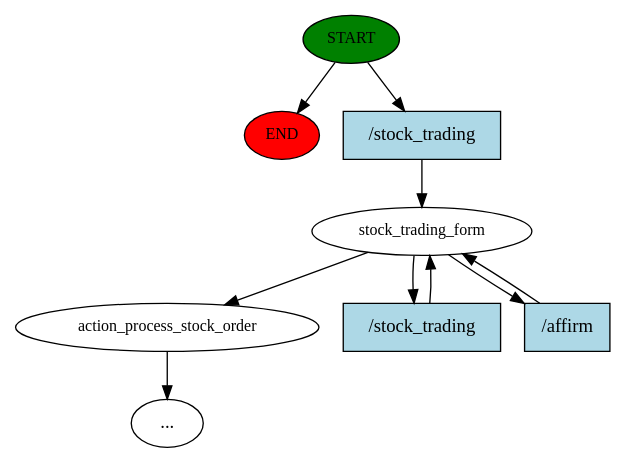
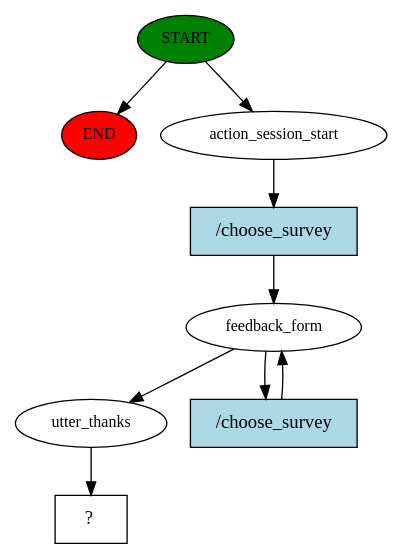
Before and after one commit to KhanhBa923/Rasa_Stock_Chatbot: the diagram in story_graph.dot, drawn with Graphviz. The commit also changed 6 other files, not shown here.

```diff
--- a/story_graph.dot
+++ b/story_graph.dot
@@ -1,19 +1,18 @@
 digraph  {
 0 [class="start active", fillcolor=green, fontsize=12, label=START, style=filled];
 "-1" [class=end, fillcolor=red, fontsize=12, label=END, style=filled];
-1 [class=active, fontsize=12, label=stock_trading_form];
-2 [class="dashed active", fontsize=12, label=action_process_stock_order];
-"-3" [class=ellipsis, label="..."];
-7 [class="intent active", fillcolor=lightblue, label="/stock_trading", shape=rect, style=filled];
-8 [class="intent active", fillcolor=lightblue, label="/stock_trading", shape=rect, style=filled];
-9 [class="intent active", fillcolor=lightblue, label="/affirm", shape=rect, style=filled];
+1 [class=active, fontsize=12, label=action_session_start];
+2 [class=active, fontsize=12, label=feedback_form];
+6 [class=active, fontsize=12, label=utter_thanks];
+7 [class="intent dashed active", label="  ?  ", shape=rect];
+8 [class="intent active", fillcolor=lightblue, label="/choose_survey", shape=rect, style=filled];
+9 [class="intent active", fillcolor=lightblue, label="/choose_survey", shape=rect, style=filled];
 0 -> "-1"  [class="", key=NONE, label=""];
-0 -> 7  [class=active, key=0];
-1 -> 2  [class=active, key=NONE, label=""];
+0 -> 1  [class=active, key=NONE, label=""];
 1 -> 8  [class=active, key=0];
-1 -> 9  [class=active, key=0];
-2 -> "-3"  [class="", key=NONE, label=""];
-7 -> 1  [class=active, key=0];
-8 -> 1  [class=active, key=0];
-9 -> 1  [class=active, key=0];
+2 -> 6  [class=active, key=NONE, label=""];
+2 -> 9  [class=active, key=0];
+6 -> 7  [class=active, key=NONE, label=""];
+8 -> 2  [class=active, key=0];
+9 -> 2  [class=active, key=0];
 }
```
